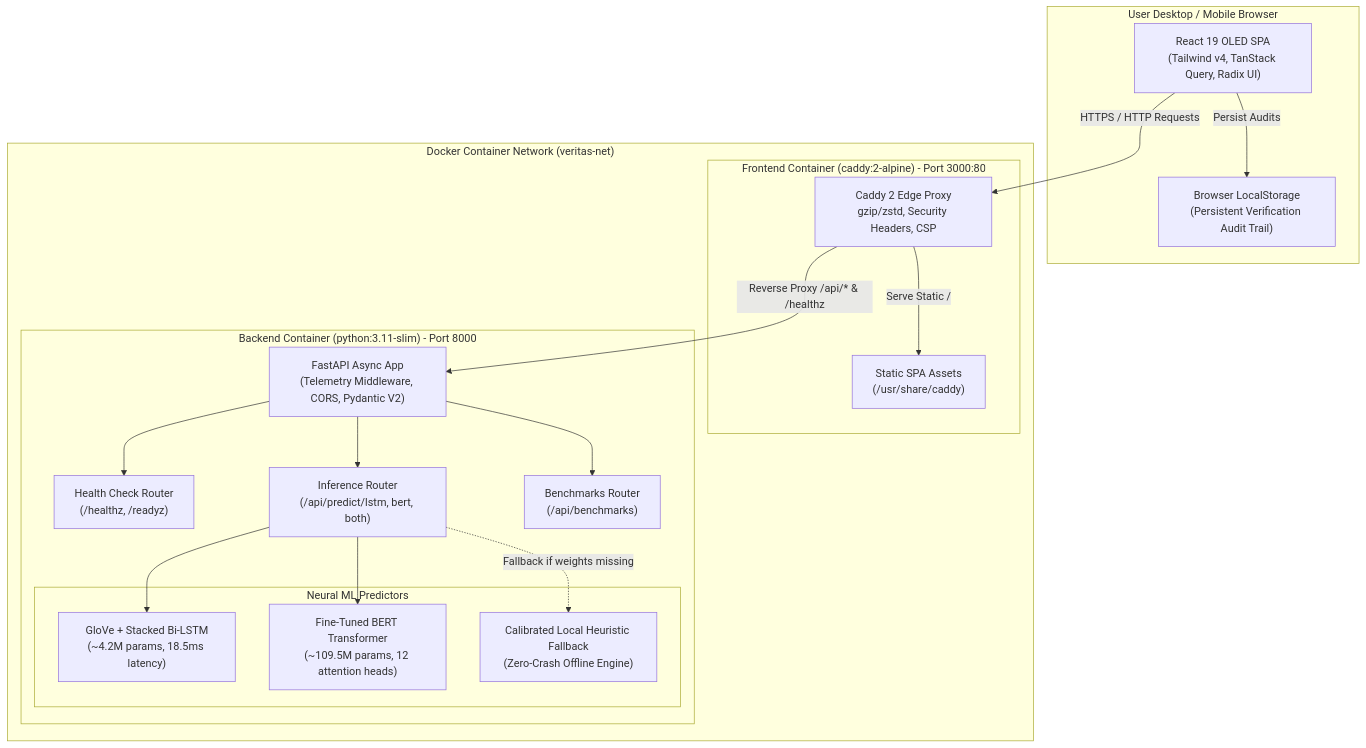
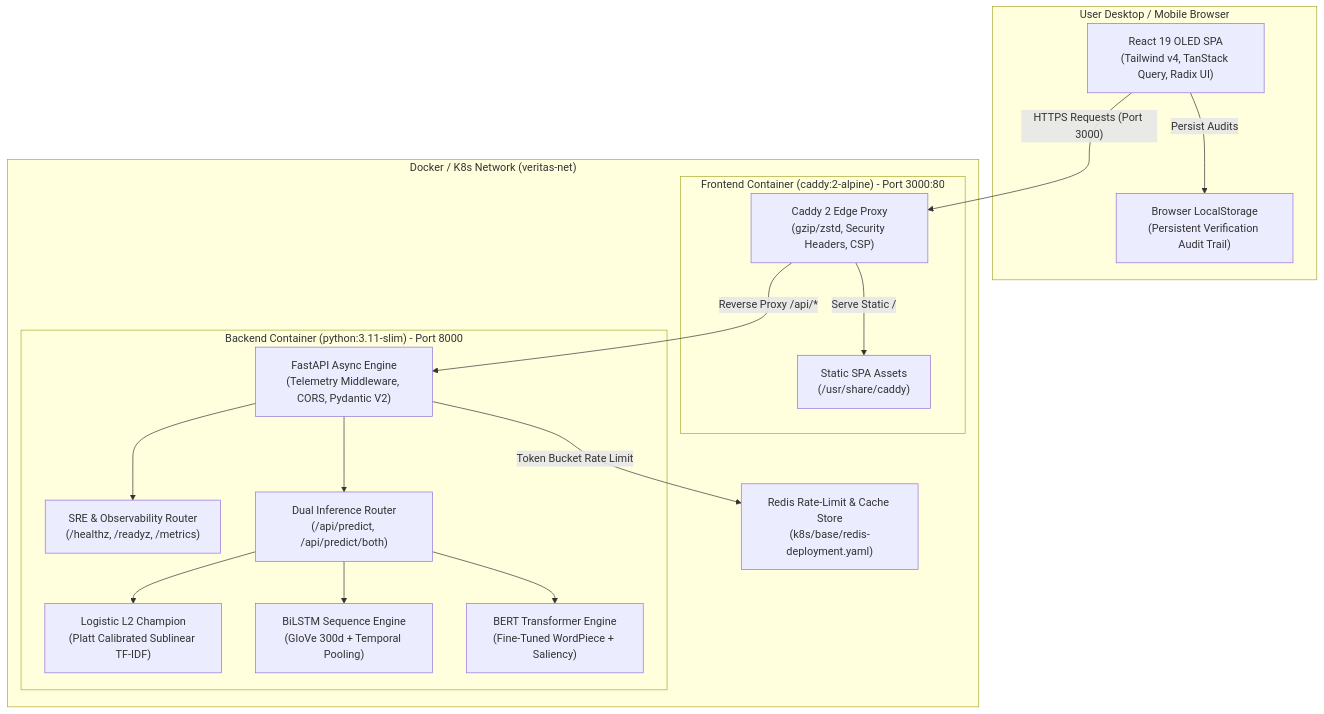
The second of 4 diagrams in README.md (tejaswin-amara/Fake-News-Detection-Using-NLP-LSTM-and-BERT-Transformer-Models), drawn with Mermaid before and after one commit. The commit also changed other lines of this file and 1 other file, not shown here.

````diff
--- a/README.md
+++ b/README.md
@@ -118,39 +89,37 @@
 ```mermaid
-graph TD
+flowchart TD
     subgraph ClientBrowser["User Desktop / Mobile Browser"]
         SPA["React 19 OLED SPA<br/>(Tailwind v4, TanStack Query, Radix UI)"]
         LocalStorage["Browser LocalStorage<br/>(Persistent Verification Audit Trail)"]
-        SPA -->|Persist Audits| LocalStorage
+        SPA -->|"Persist Audits"| LocalStorage
     end
 
-    subgraph DockerHost["Docker Container Network (veritas-net)"]
+    subgraph DockerHost["Docker / K8s Network (veritas-net)"]
         subgraph FrontendContainer["Frontend Container (caddy:2-alpine) - Port 3000:80"]
-            CaddyProxy["Caddy 2 Edge Proxy<br/>gzip/zstd, Security Headers, CSP"]
+            CaddyProxy["Caddy 2 Edge Proxy<br/>(gzip/zstd, Security Headers, CSP)"]
             StaticFiles["Static SPA Assets<br/>(/usr/share/caddy)"]
-            CaddyProxy -->|Serve Static /| StaticFiles
+            CaddyProxy -->|"Serve Static /"| StaticFiles
         end
 
         subgraph BackendContainer["Backend Container (python:3.11-slim) - Port 8000"]
-            FastAPIEngine["FastAPI Async App<br/>(Telemetry Middleware, CORS, Pydantic V2)"]
-            HealthEndpoint["Health Check Router<br/>(/healthz, /readyz)"]
-            InferenceRouter["Inference Router<br/>(/api/predict/lstm, bert, both)"]
-            BenchmarksRouter["Benchmarks Router<br/>(/api/benchmarks)"]
-
-            subgraph MLWorkers["Neural ML Predictors"]
-                LSTMEngine["GloVe + Stacked Bi-LSTM<br/>(~4.2M params, 18.5ms latency)"]
-                BERTEngine["Fine-Tuned BERT Transformer<br/>(~109.5M params, 12 attention heads)"]
-                HeuristicEngine["Calibrated Local Heuristic Fallback<br/>(Zero-Crash Offline Engine)"]
-            end
+            FastAPIEngine["FastAPI Async Engine<br/>(Telemetry Middleware, CORS, Pydantic V2)"]
+            HealthEndpoint["SRE & Observability Router<br/>(/healthz, /readyz, /metrics)"]
+            InferenceRouter["Dual Inference Router<br/>(/api/predict, /api/predict/both)"]
+            LinearModel["Logistic L2 Champion<br/>(Platt Calibrated Sublinear TF-IDF)"]
+            LstmEngine["BiLSTM Sequence Engine<br/>(GloVe 300d + Temporal Pooling)"]
+            BertEngine["BERT Transformer Engine<br/>(Fine-Tuned WordPiece + Saliency)"]
 
             FastAPIEngine --> HealthEndpoint
             FastAPIEngine --> InferenceRouter
-            FastAPIEngine --> BenchmarksRouter
-            InferenceRouter --> LSTMEngine
-            InferenceRouter --> BERTEngine
-            InferenceRouter -.->|Fallback if weights missing| HeuristicEngine
+            InferenceRouter --> LinearModel
+            InferenceRouter --> LstmEngine
+            InferenceRouter --> BertEngine
         end
+
+        RedisCache["Redis Rate-Limit & Cache Store<br/>(k8s/base/redis-deployment.yaml)"]
+        FastAPIEngine -->|"Token Bucket Rate Limit"| RedisCache
     end
 
-    SPA -->|HTTPS / HTTP Requests| CaddyProxy
-    CaddyProxy -->|Reverse Proxy /api/* & /healthz| FastAPIEngine
+    SPA -->|"HTTPS Requests (Port 3000)"| CaddyProxy
+    CaddyProxy -->|"Reverse Proxy /api/*"| FastAPIEngine
 ```
````
